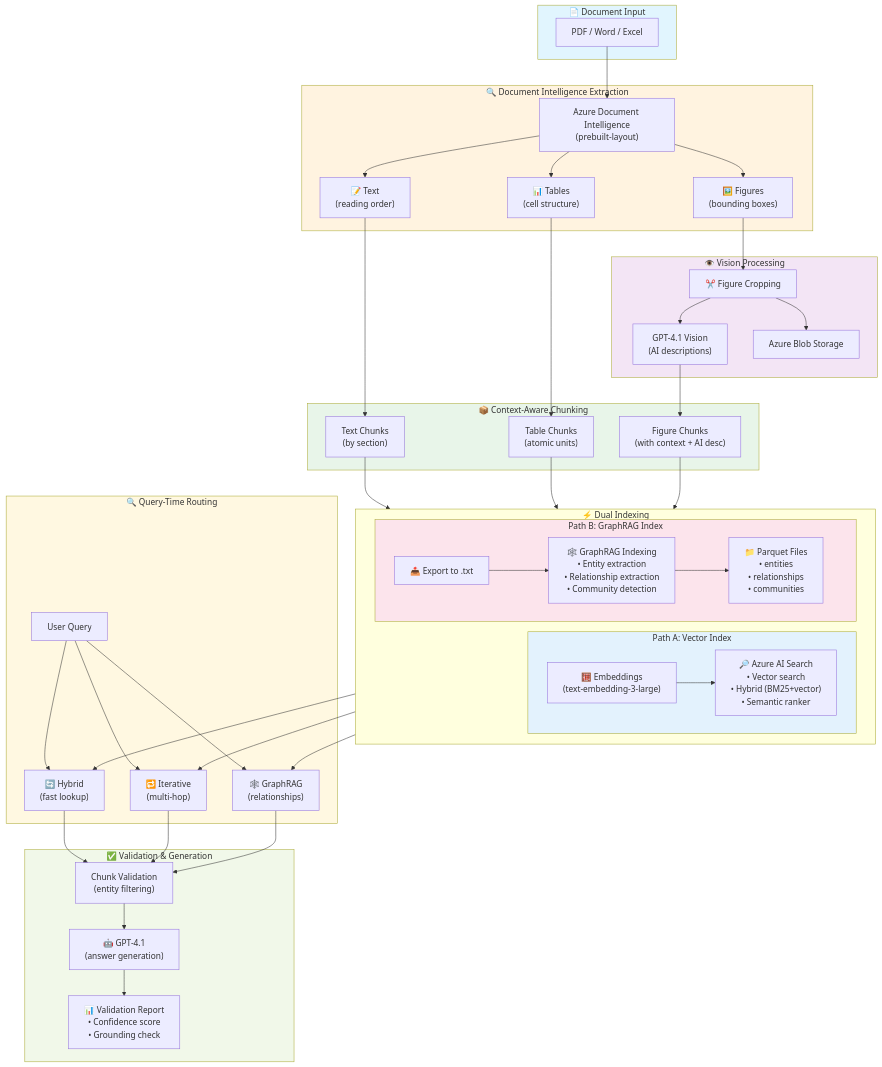
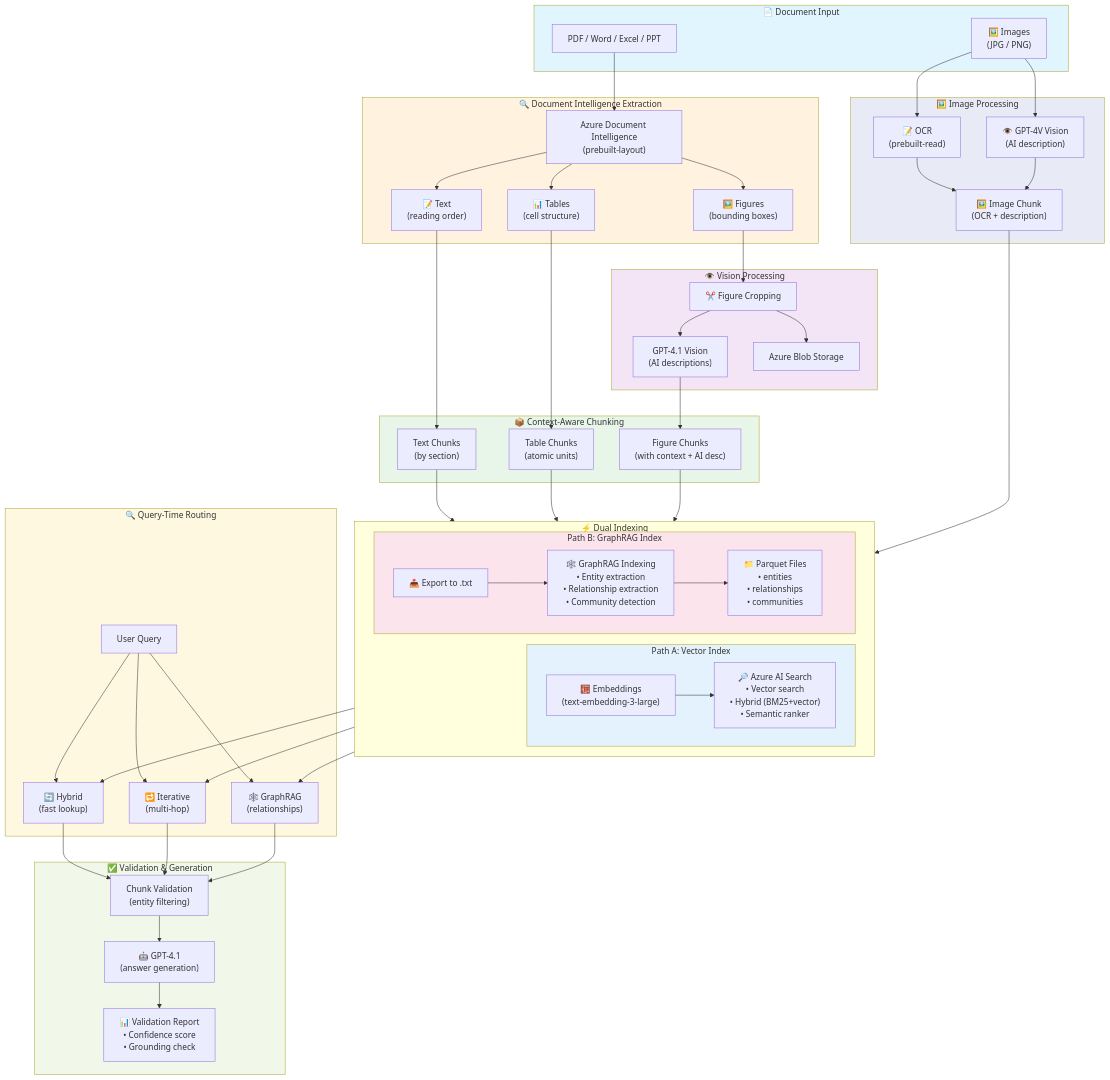
The first of 4 diagrams in modules/module-7-pipeline/README.md (roie9876/RAG-WorkShop), drawn with Mermaid before and after one commit. The commit also changed other lines of this file and 3 other files, not shown here.

````diff
--- a/modules/module-7-pipeline/README.md
+++ b/modules/module-7-pipeline/README.md
@@ -19,7 +19,8 @@
 ```mermaid
 flowchart TB
     subgraph INPUT["📄 Document Input"]
-        PDF["PDF / Word / Excel"]
+        PDF["PDF / Word / Excel / PPT"]
+        IMG["🖼️ Images<br/>(JPG / PNG)"]
     end
 
     subgraph EXTRACTION["🔍 Document Intelligence Extraction"]
@@ -31,6 +32,15 @@
         DI --> TEXT
         DI --> TABLES
         DI --> FIGURES
+    end
+
+    subgraph IMGPROC["🖼️ Image Processing"]
+        OCR["📝 OCR<br/>(prebuilt-read)"]
+        GPT4V["👁️ GPT-4V Vision<br/>(AI description)"]
+        IMGCHUNK["🖼️ Image Chunk<br/>(OCR + description)"]
+        
+        OCR --> IMGCHUNK
+        GPT4V --> IMGCHUNK
     end
 
     subgraph VISIONPROC["👁️ Vision Processing"]
@@ -49,6 +59,8 @@
     end
 
     PDF --> DI
+    IMG --> OCR
+    IMG --> GPT4V
     FIGURES --> CROP
     TEXT --> TCHUNK
     TABLES --> TABCHUNK
@@ -74,6 +86,7 @@
     TCHUNK --> DUAL
     TABCHUNK --> DUAL
     FIGCHUNK --> DUAL
+    IMGCHUNK --> DUAL
 
     subgraph QUERY["🔍 Query-Time Routing"]
         USERQ["User Query"]
@@ -105,6 +118,7 @@
 
     style INPUT fill:#e1f5fe
     style EXTRACTION fill:#fff3e0
+    style IMGPROC fill:#e8eaf6
     style VISIONPROC fill:#f3e5f5
     style CHUNKING fill:#e8f5e9
     style VECTORPATH fill:#e3f2fd
````
